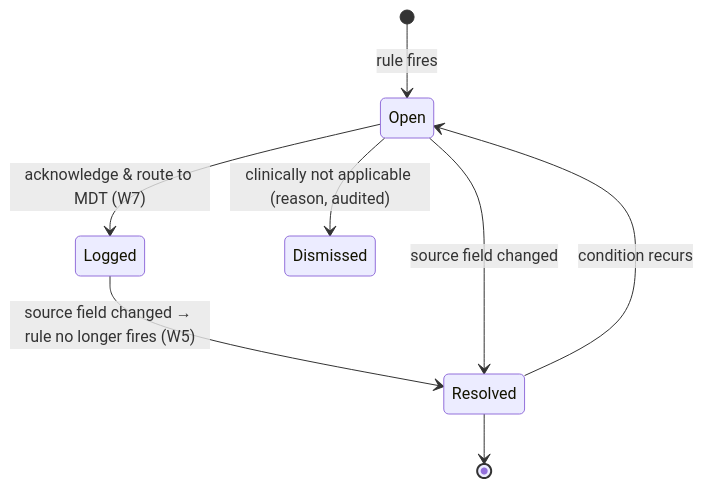
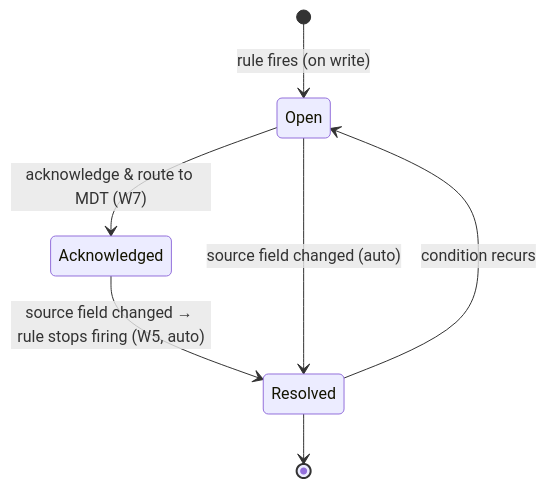
One commit to rajeshpachar/prostacare-thb changed the seventh of 12 diagrams in docs/PROSTACARE_FUNCTIONAL_LOGIC_SPEC.md. Above: the diagram before and after it, drawn with Mermaid. The commit also changed other lines of this file and 3 other files, not shown here.

````diff
--- a/docs/PROSTACARE_FUNCTIONAL_LOGIC_SPEC.md
+++ b/docs/PROSTACARE_FUNCTIONAL_LOGIC_SPEC.md
@@ -329,10 +331,9 @@
 ```mermaid
 stateDiagram-v2
-  [*] --> Open : rule fires
-  Open --> Logged : acknowledge & route to MDT (W7)
-  Logged --> Resolved : source field changed → rule no longer fires (W5)
-  Open --> Resolved : source field changed
-  Open --> Dismissed : clinically not applicable (reason, audited)
+  [*] --> Open : rule fires (on write)
+  Open --> Acknowledged : acknowledge & route to MDT (W7)
+  Acknowledged --> Resolved : source field changed → rule stops firing (W5, auto)
+  Open --> Resolved : source field changed (auto)
   Resolved --> Open : condition recurs
   Resolved --> [*]
 ```
````
